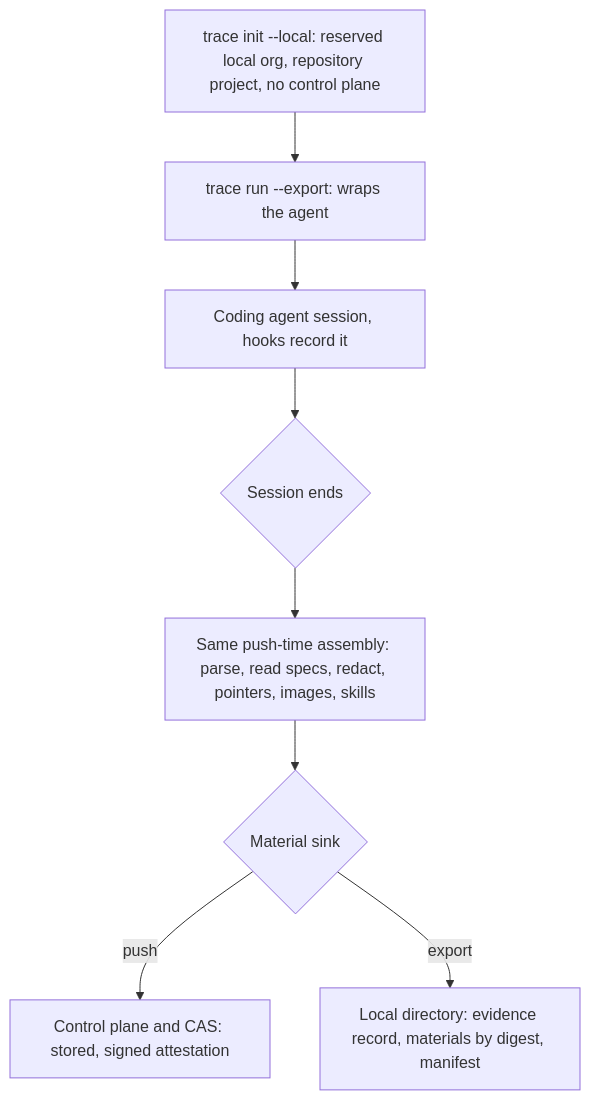
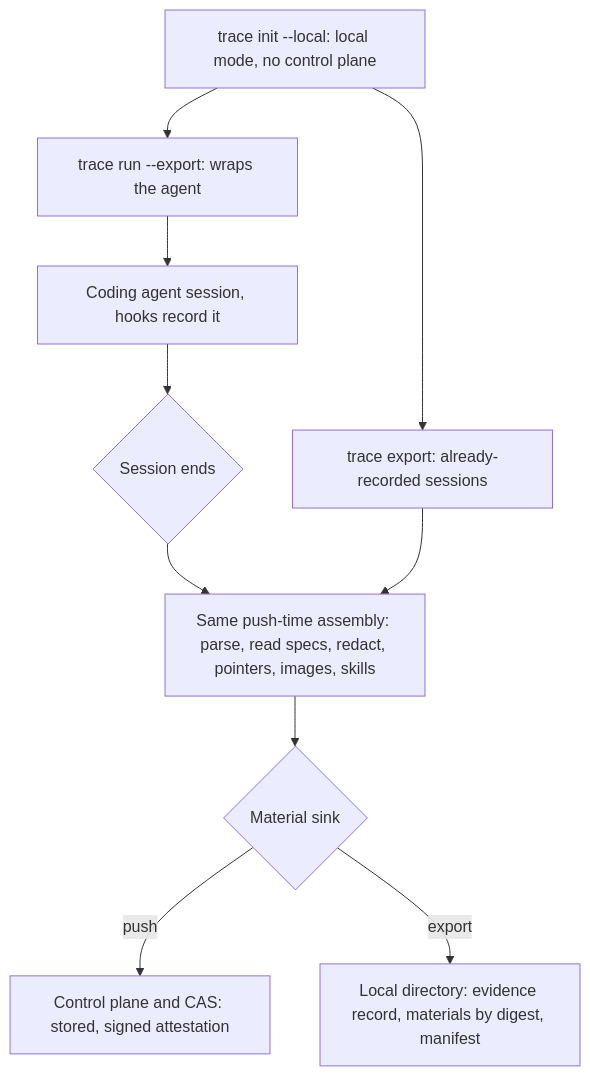
The diagram in docs/specs/issue-3582-trace-evidence-export.md (chainloop-dev/chainloop), drawn with Mermaid before and after one commit. The commit also changed other lines of this file, not shown here.

First line of the commit message:
spec: issue-3582 record local-mode implementation decisions

````diff
--- a/docs/specs/issue-3582-trace-evidence-export.md
+++ b/docs/specs/issue-3582-trace-evidence-export.md
@@ -98,10 +102,12 @@
 ```mermaid
 flowchart TD
-    Init[trace init --local: reserved local org, repository project, no control plane] --> Run[trace run --export: wraps the agent]
+    Init[trace init --local: local mode, no control plane] --> Run[trace run --export: wraps the agent]
+    Init --> Export[trace export: already-recorded sessions]
     Run --> Session[Coding agent session, hooks record it]
     Session --> End{Session ends}
     End --> Assembly[Same push-time assembly: parse, read specs, redact, pointers, images, skills]
+    Export --> Assembly
     Assembly --> Sink{Material sink}
     Sink -->|push| Backend[Control plane and CAS: stored, signed attestation]
     Sink -->|export| Disk[Local directory: evidence record, materials by digest, manifest]
 ```
````
